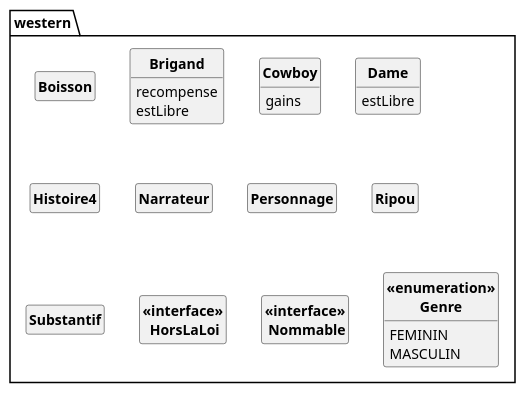
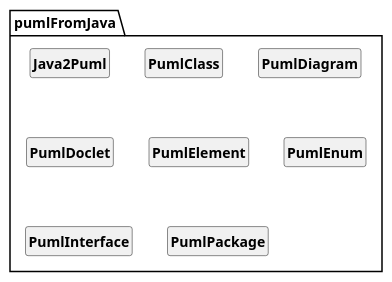
One commit to Lykomonix/API-JAVAtoPUML changed the diagram in javadoc.puml. Above: the diagram before and after it, drawn with PlantUML. The commit also changed 4 other files, not shown here.

```diff
--- a/javadoc.puml
+++ b/javadoc.puml
@@ -1,59 +1,43 @@
 @startuml
 
 skinparam style strictuml
 skinparam classAttributeIconSize 0
 skinparam classFontStyle Bold
 hide empty members
 
-Package "western" {
-class Boisson
+Package "pumlFromJava" {
+class Java2Puml
 {
 }
 
-class Brigand
-{
-recompense
-estLibre
-}
-
-class Cowboy
-{
-gains
-}
-
-class Dame
-{
-estLibre
-}
-
-class Histoire4
+class PumlClass
 {
 }
 
-class Narrateur
+class PumlDiagram
 {
 }
 
-class Personnage
+class PumlDoclet
 {
 }
 
-class Ripou
+class PumlElement
 {
 }
 
-class Substantif
+class PumlEnum
 {
 }
 
-class "<<interface>>\n HorsLaLoi"
-class "<<interface>>\n Nommable"
-class "<<enumeration>>\nGenre"
+class PumlInterface
 {
-FEMININ
-MASCULIN
+}
+
+class PumlPackage
+{
 }
 
 }
 
 @enduml
```
